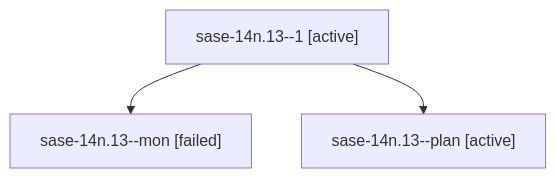
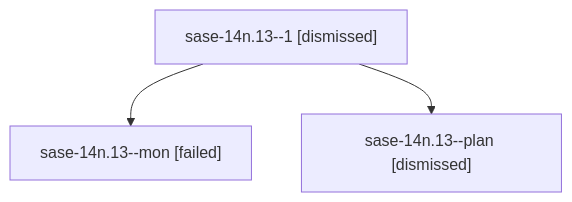
Before and after one commit to sase-org/sase--agents: the diagram in sessions/bbugyi200.athena.sase-14n.13.md, drawn with Mermaid. The commit also changed other lines of this file and 106 other files, not shown here.

````diff
--- a/sessions/bbugyi200.athena.sase-14n.13.md
+++ b/sessions/bbugyi200.athena.sase-14n.13.md
@@ -9,8 +9,8 @@
 ```mermaid
 flowchart TD
-  n0["sase-14n.13--1 [active]"]
+  n0["sase-14n.13--1 [dismissed]"]
   n1["sase-14n.13--mon [failed]"]
   n0 --> n1
-  n2["sase-14n.13--plan [active]"]
+  n2["sase-14n.13--plan [dismissed]"]
   n0 --> n2
 ```
````
